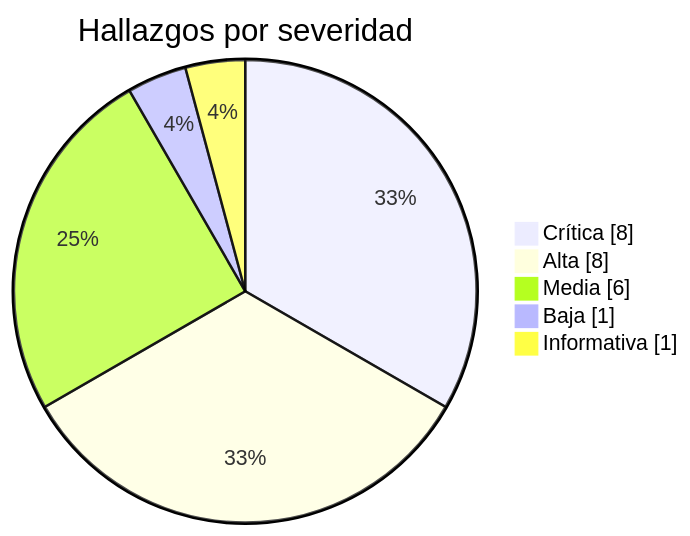
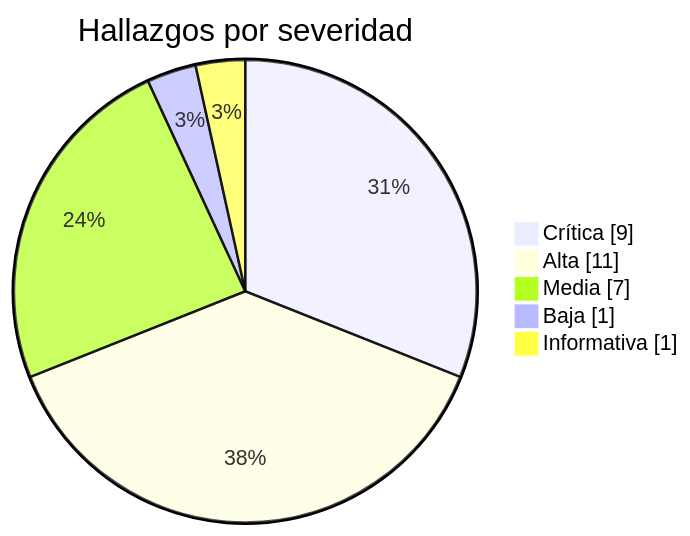
One commit to NiettoFrann/hacker-odyssey changed the first of 2 diagrams in README.md. Above: the diagram before and after it, drawn with Mermaid. The commit also changed other lines of this file, not shown here.

````diff
--- a/README.md
+++ b/README.md
@@ -91,8 +97,8 @@
 ```mermaid
 pie showData title Hallazgos por severidad
-    "Crítica" : 8
-    "Alta" : 8
-    "Media" : 6
+    "Crítica" : 9
+    "Alta" : 11
+    "Media" : 7
     "Baja" : 1
     "Informativa" : 1
 ```
````
